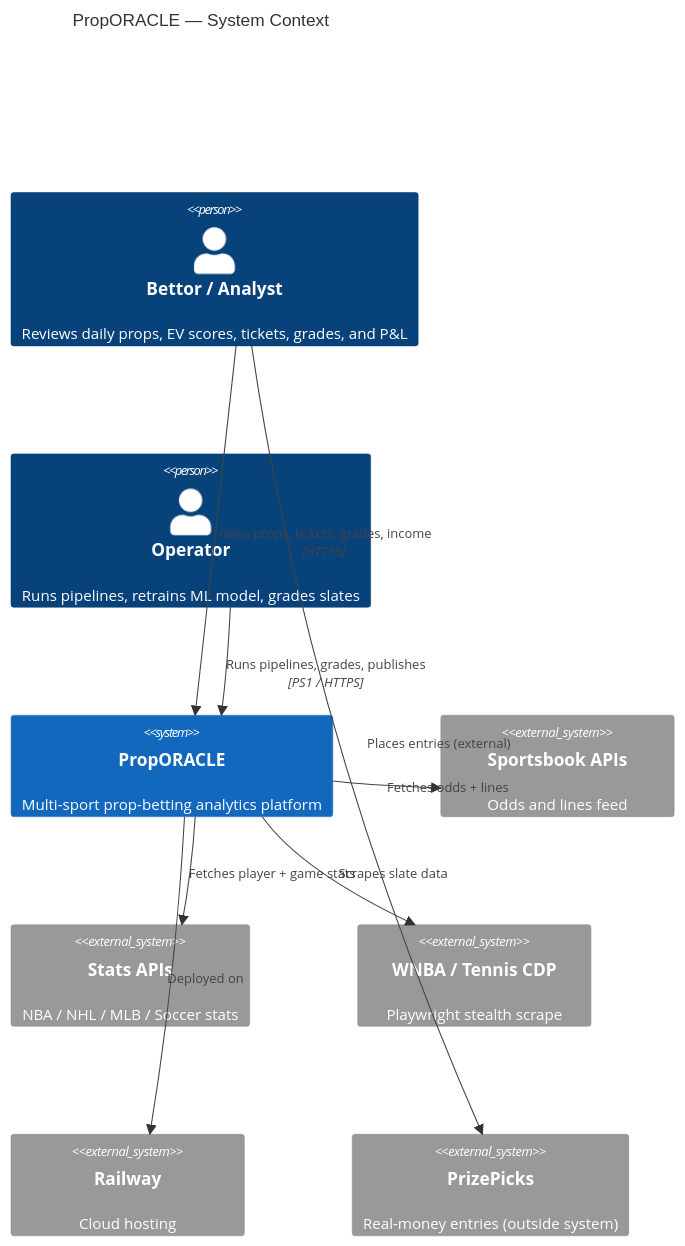
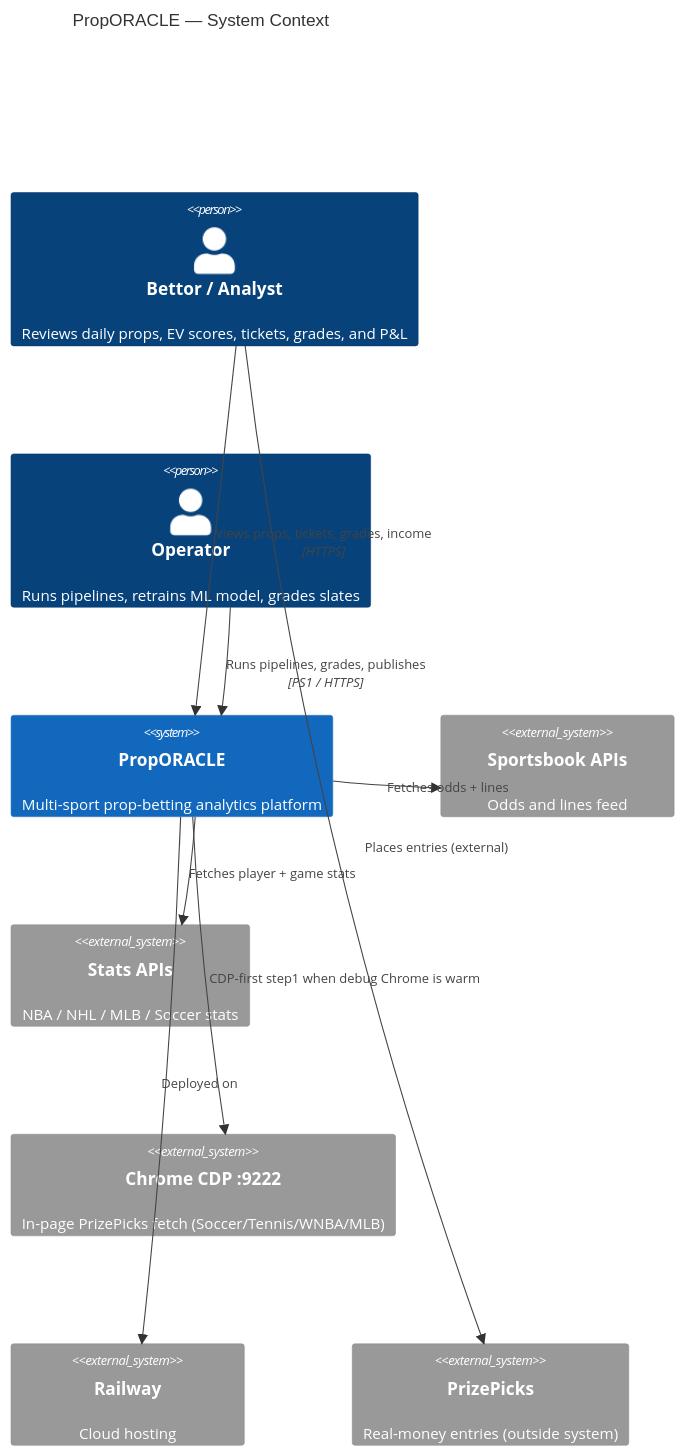
One commit to halekevi/NBA-Pipelines changed the first of 3 diagrams in docs/diagrams/ARCHITECTURE.md. Above: the diagram before and after it, drawn with Mermaid. The commit also changed other lines of this file and 12 other files, not shown here.

First line of the commit message:
Document audiences, daily program structure, and CDP-first fetch ops.

````diff
--- a/docs/diagrams/ARCHITECTURE.md
+++ b/docs/diagrams/ARCHITECTURE.md
@@ -22,23 +22,23 @@
 ```mermaid
 C4Context
   title PropORACLE — System Context
 
   Person(bettor,     "Bettor / Analyst",  "Reviews daily props, EV scores, tickets, grades, and P&L")
   Person(operator,   "Operator",          "Runs pipelines, retrains ML model, grades slates")
 
   System(prop,       "PropORACLE",        "Multi-sport prop-betting analytics platform")
 
   System_Ext(sb,     "Sportsbook APIs",   "Odds and lines feed")
   System_Ext(stats,  "Stats APIs",        "NBA / NHL / MLB / Soccer stats")
-  System_Ext(wt,     "WNBA / Tennis CDP", "Playwright stealth scrape")
+  System_Ext(wt,     "Chrome CDP :9222",  "In-page PrizePicks fetch (Soccer/Tennis/WNBA/MLB)")
   System_Ext(rail,   "Railway",           "Cloud hosting")
   System_Ext(pp,     "PrizePicks",        "Real-money entries (outside system)")
 
   Rel(bettor,    prop,  "Views props, tickets, grades, income", "HTTPS")
   Rel(operator,  prop,  "Runs pipelines, grades, publishes",    "PS1 / HTTPS")
   Rel(prop,      sb,    "Fetches odds + lines")
   Rel(prop,      stats, "Fetches player + game stats")
-  Rel(prop,      wt,    "Scrapes slate data")
+  Rel(prop,      wt,    "CDP-first step1 when debug Chrome is warm")
   Rel(prop,      rail,  "Deployed on")
   Rel(bettor,    pp,    "Places entries (external)")
 ```
````
